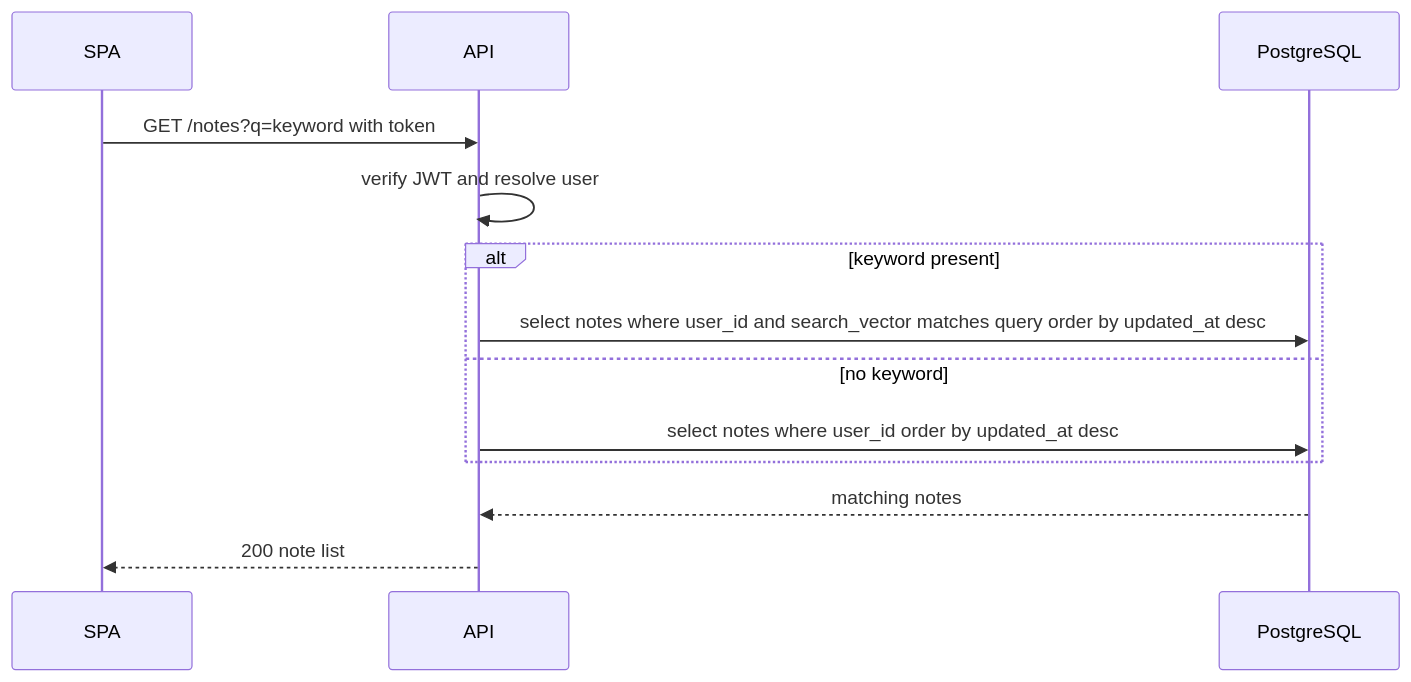
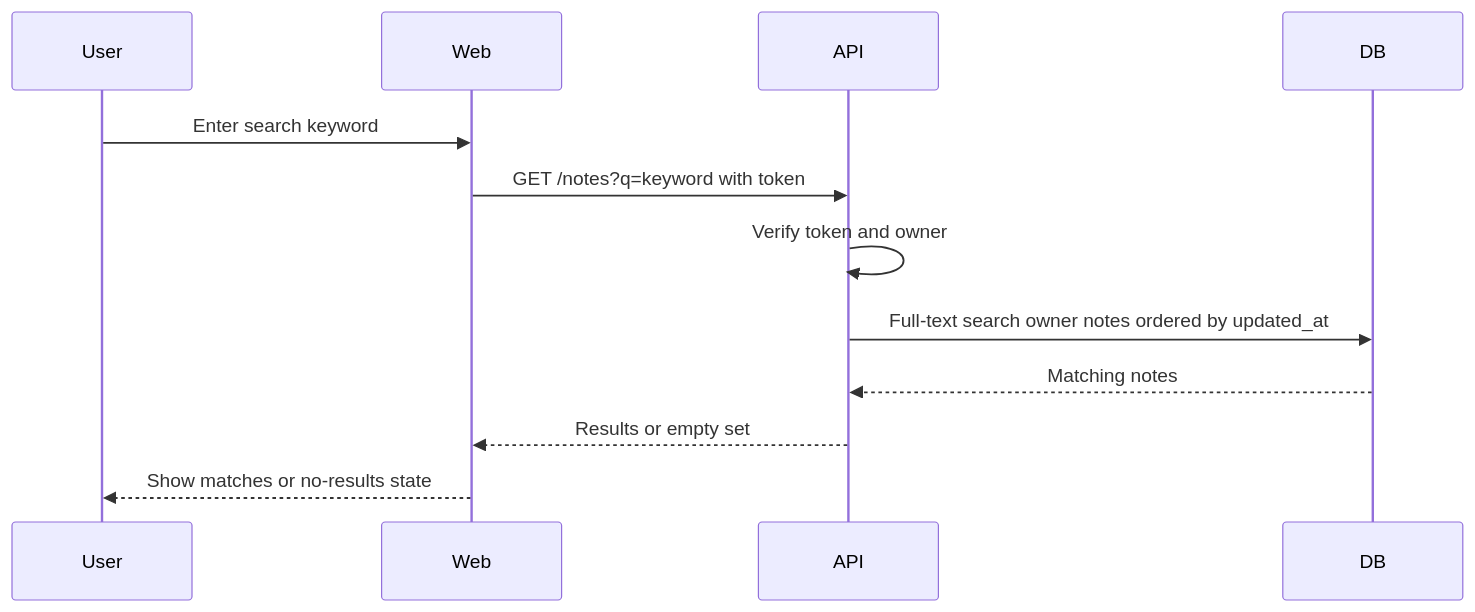
One commit to satya1802/1simple-note-pad changed the fourth of 5 diagrams in docs/sdlc/architecture/README.md. Above: the diagram before and after it, drawn with Mermaid. The commit also changed other lines of this file and 12 other files, not shown here.

````diff
--- a/docs/sdlc/architecture/README.md
+++ b/docs/sdlc/architecture/README.md
@@ -211,15 +224,14 @@
 ```mermaid
 sequenceDiagram
-  participant U as SPA
+  participant U as User
+  participant W as Web
   participant A as API
-  participant DB as PostgreSQL
-  U->>A: GET /notes?q=keyword with token
-  A->>A: verify JWT and resolve user
-  alt keyword present
-    A->>DB: select notes where user_id and search_vector matches query order by updated_at desc
-  else no keyword
-    A->>DB: select notes where user_id order by updated_at desc
-  end
-  DB-->>A: matching notes
-  A-->>U: 200 note list
+  participant D as DB
+  U->>W: Enter search keyword
+  W->>A: GET /notes?q=keyword with token
+  A->>A: Verify token and owner
+  A->>D: Full-text search owner notes ordered by updated_at
+  D-->>A: Matching notes
+  A-->>W: Results or empty set
+  W-->>U: Show matches or no-results state
 ```
````
